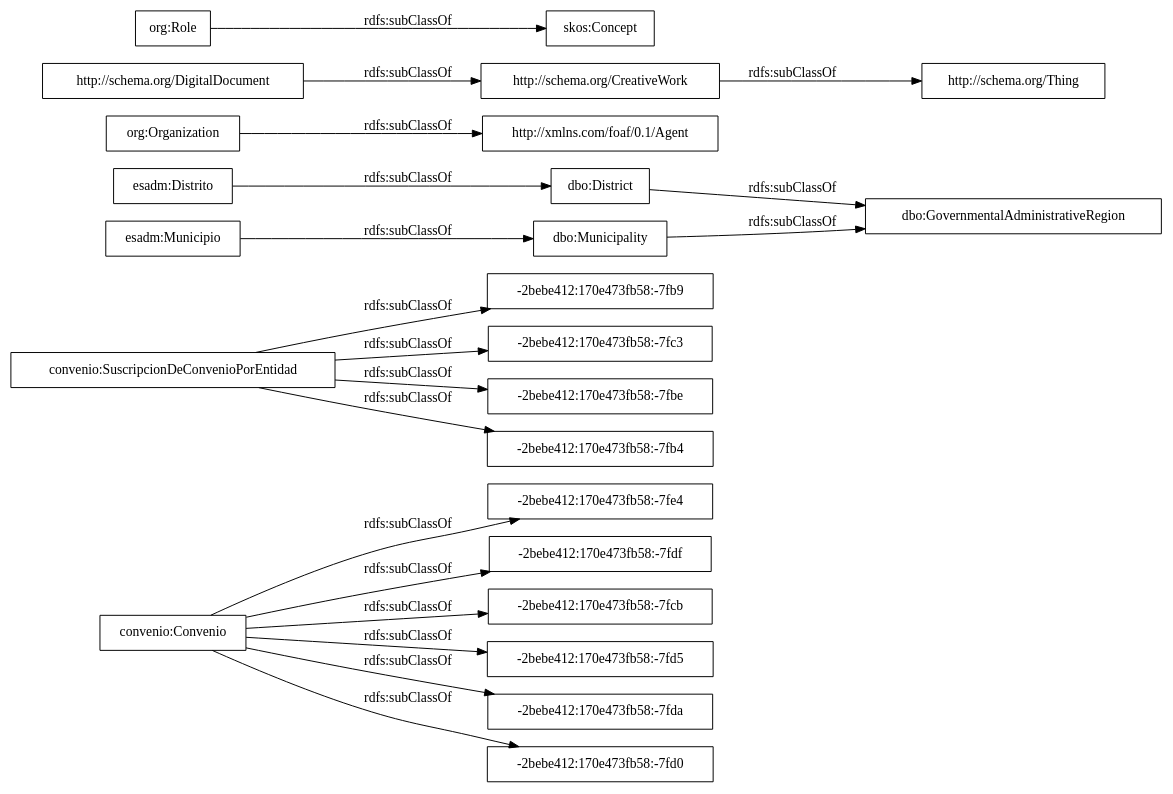
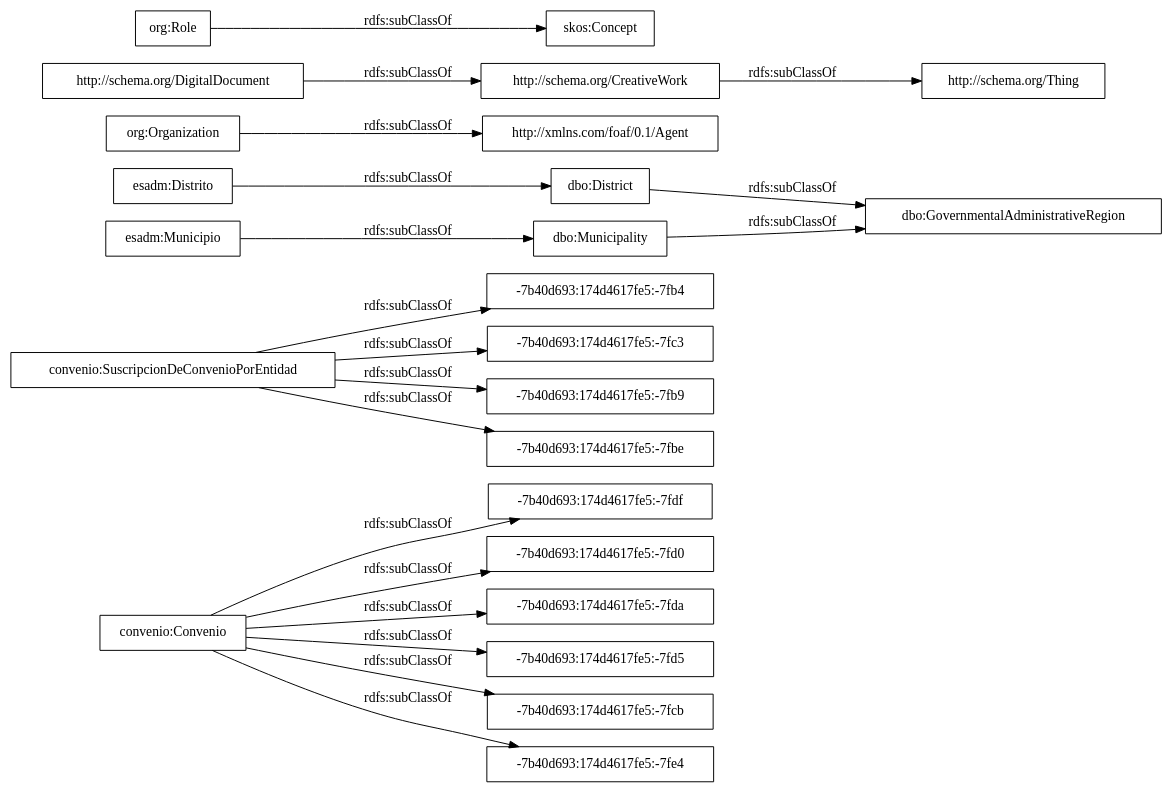
The diagram in OnToology/ontology/convenio.owl/diagrams/ar2dtool-taxonomy/convenio.owl.png.dot (leticiarubalcabadg/vocab-sector-publico-convenios), drawn with Graphviz before and after one commit. The commit also changed 15 other files, not shown here.

```diff
--- a/OnToology/ontology/convenio.owl/diagrams/ar2dtool-taxonomy/convenio.owl.png.dot
+++ b/OnToology/ontology/convenio.owl/diagrams/ar2dtool-taxonomy/convenio.owl.png.dot
@@ -1,24 +1,24 @@
 digraph ar2dtool_diagram { 
 rankdir=LR;
 size="1000"
-node [shape = rectangle, color="black"]; "convenio:Convenio" "-2bebe412:170e473fb58:-7fe4" "-2bebe412:170e473fb58:-7fb9" "-2bebe412:170e473fb58:-7fdf" "-2bebe412:170e473fb58:-7fc3" "dbo:GovernmentalAdministrativeRegion" "http://xmlns.com/foaf/0.1/Agent" "-2bebe412:170e473fb58:-7fcb" "http://schema.org/CreativeWork" "dbo:District" "-2bebe412:170e473fb58:-7fbe" "-2bebe412:170e473fb58:-7fd5" "esadm:Distrito" "convenio:SuscripcionDeConvenioPorEntidad" "-2bebe412:170e473fb58:-7fda" "http://schema.org/DigitalDocument" "http://schema.org/Thing" "dbo:Municipality" "skos:Concept" "esadm:Municipio" "org:Organization" "org:Role" "-2bebe412:170e473fb58:-7fd0" "-2bebe412:170e473fb58:-7fb4" ; /*classes style*/
-	"convenio:Convenio" -> "-2bebe412:170e473fb58:-7fd0" [ label = "rdfs:subClassOf" ];
-	"convenio:Convenio" -> "-2bebe412:170e473fb58:-7fda" [ label = "rdfs:subClassOf" ];
-	"convenio:Convenio" -> "-2bebe412:170e473fb58:-7fcb" [ label = "rdfs:subClassOf" ];
-	"convenio:Convenio" -> "-2bebe412:170e473fb58:-7fdf" [ label = "rdfs:subClassOf" ];
-	"convenio:Convenio" -> "-2bebe412:170e473fb58:-7fe4" [ label = "rdfs:subClassOf" ];
-	"convenio:Convenio" -> "-2bebe412:170e473fb58:-7fd5" [ label = "rdfs:subClassOf" ];
+node [shape = rectangle, color="black"]; "convenio:Convenio" "-7b40d693:174d4617fe5:-7fdf" "-7b40d693:174d4617fe5:-7fb4" "-7b40d693:174d4617fe5:-7fd0" "dbo:GovernmentalAdministrativeRegion" "http://xmlns.com/foaf/0.1/Agent" "-7b40d693:174d4617fe5:-7fda" "http://schema.org/CreativeWork" "-7b40d693:174d4617fe5:-7fd5" "dbo:District" "-7b40d693:174d4617fe5:-7fcb" "-7b40d693:174d4617fe5:-7fc3" "convenio:SuscripcionDeConvenioPorEntidad" "esadm:Distrito" "http://schema.org/DigitalDocument" "http://schema.org/Thing" "dbo:Municipality" "-7b40d693:174d4617fe5:-7fb9" "skos:Concept" "-7b40d693:174d4617fe5:-7fbe" "esadm:Municipio" "org:Organization" "org:Role" "-7b40d693:174d4617fe5:-7fe4" ; /*classes style*/
+	"convenio:Convenio" -> "-7b40d693:174d4617fe5:-7fe4" [ label = "rdfs:subClassOf" ];
+	"convenio:Convenio" -> "-7b40d693:174d4617fe5:-7fd5" [ label = "rdfs:subClassOf" ];
+	"convenio:Convenio" -> "-7b40d693:174d4617fe5:-7fcb" [ label = "rdfs:subClassOf" ];
+	"convenio:Convenio" -> "-7b40d693:174d4617fe5:-7fdf" [ label = "rdfs:subClassOf" ];
+	"convenio:Convenio" -> "-7b40d693:174d4617fe5:-7fda" [ label = "rdfs:subClassOf" ];
+	"convenio:Convenio" -> "-7b40d693:174d4617fe5:-7fd0" [ label = "rdfs:subClassOf" ];
 	"org:Organization" -> "http://xmlns.com/foaf/0.1/Agent" [ label = "rdfs:subClassOf" ];
 	"http://schema.org/CreativeWork" -> "http://schema.org/Thing" [ label = "rdfs:subClassOf" ];
 	"org:Role" -> "skos:Concept" [ label = "rdfs:subClassOf" ];
-	"convenio:SuscripcionDeConvenioPorEntidad" -> "-2bebe412:170e473fb58:-7fb4" [ label = "rdfs:subClassOf" ];
-	"convenio:SuscripcionDeConvenioPorEntidad" -> "-2bebe412:170e473fb58:-7fbe" [ label = "rdfs:subClassOf" ];
-	"convenio:SuscripcionDeConvenioPorEntidad" -> "-2bebe412:170e473fb58:-7fc3" [ label = "rdfs:subClassOf" ];
-	"convenio:SuscripcionDeConvenioPorEntidad" -> "-2bebe412:170e473fb58:-7fb9" [ label = "rdfs:subClassOf" ];
+	"convenio:SuscripcionDeConvenioPorEntidad" -> "-7b40d693:174d4617fe5:-7fbe" [ label = "rdfs:subClassOf" ];
+	"convenio:SuscripcionDeConvenioPorEntidad" -> "-7b40d693:174d4617fe5:-7fb9" [ label = "rdfs:subClassOf" ];
+	"convenio:SuscripcionDeConvenioPorEntidad" -> "-7b40d693:174d4617fe5:-7fb4" [ label = "rdfs:subClassOf" ];
+	"convenio:SuscripcionDeConvenioPorEntidad" -> "-7b40d693:174d4617fe5:-7fc3" [ label = "rdfs:subClassOf" ];
 	"esadm:Distrito" -> "dbo:District" [ label = "rdfs:subClassOf" ];
 	"dbo:Municipality" -> "dbo:GovernmentalAdministrativeRegion" [ label = "rdfs:subClassOf" ];
 	"dbo:District" -> "dbo:GovernmentalAdministrativeRegion" [ label = "rdfs:subClassOf" ];
 	"http://schema.org/DigitalDocument" -> "http://schema.org/CreativeWork" [ label = "rdfs:subClassOf" ];
 	"esadm:Municipio" -> "dbo:Municipality" [ label = "rdfs:subClassOf" ];
 
 }
```
